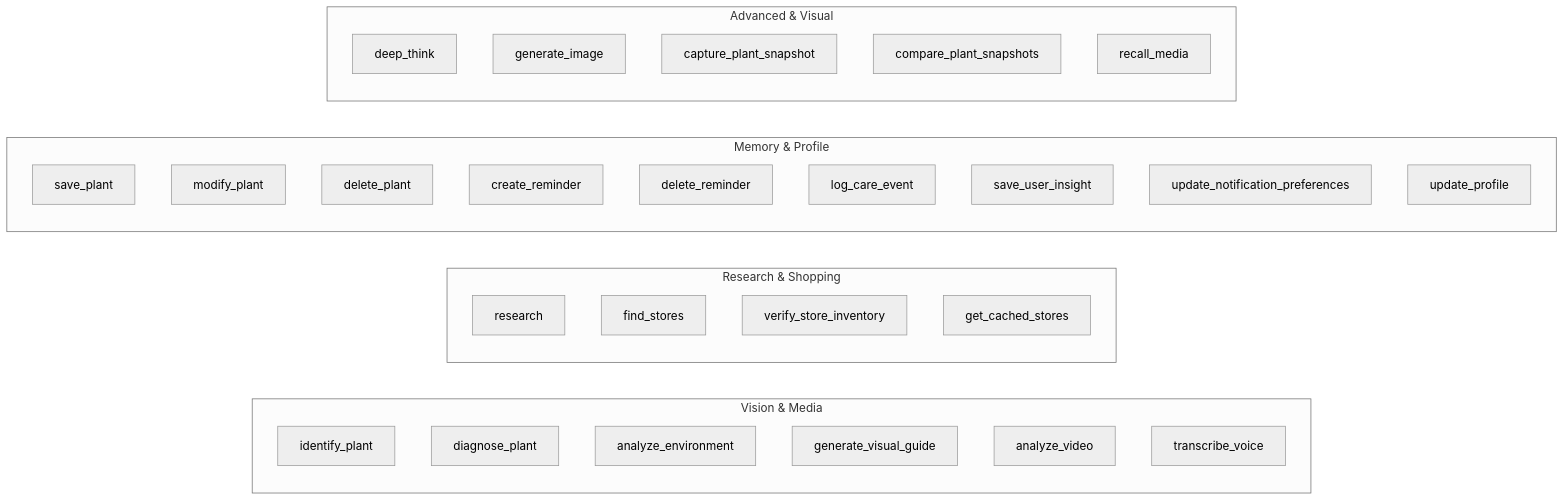
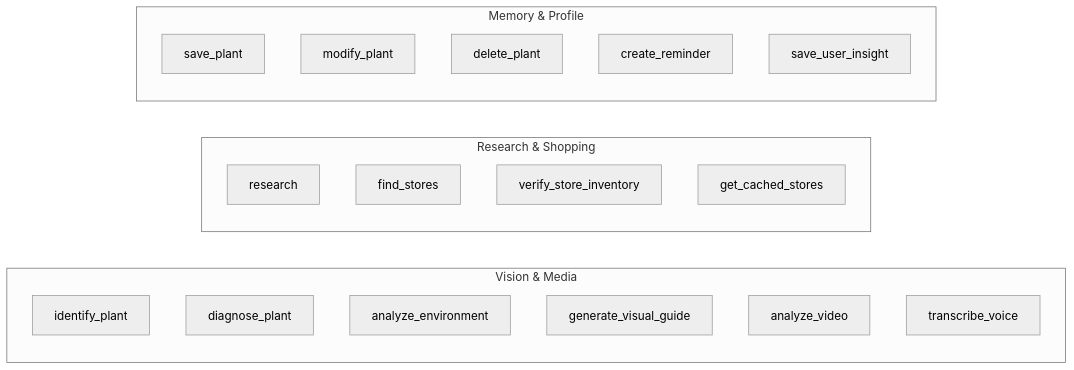
One commit to masudl-hub/orchidcare changed the third of 5 diagrams in docs/TECHNICAL_REPORT.md. Above: the diagram before and after it, drawn with Mermaid (neutral theme). The commit also changed other lines of this file and 1 other file, not shown here.

````diff
--- a/docs/TECHNICAL_REPORT.md
+++ b/docs/TECHNICAL_REPORT.md
@@ -267,35 +195,24 @@
 ```mermaid
 flowchart LR
     subgraph Vision ["Vision & Media"]
         T1[identify_plant]
         T2[diagnose_plant]
         T3[analyze_environment]
         T4[generate_visual_guide]
         T5[analyze_video]
         T6[transcribe_voice]
     end
     subgraph Research ["Research & Shopping"]
         T7[research]
         T8[find_stores]
         T9[verify_store_inventory]
         T10[get_cached_stores]
     end
     subgraph Memory ["Memory & Profile"]
         T11[save_plant]
         T12[modify_plant]
         T13[delete_plant]
         T14[create_reminder]
-        T15[delete_reminder]
-        T16[log_care_event]
-        T17[save_user_insight]
-        T18[update_notification_preferences]
-        T19[update_profile]
-    end
-    subgraph Advanced ["Advanced & Visual"]
-        T20[deep_think]
-        T21[generate_image]
-        T22[capture_plant_snapshot]
-        T23[compare_plant_snapshots]
-        T24[recall_media]
+        T15[save_user_insight]
     end
 ```
````
